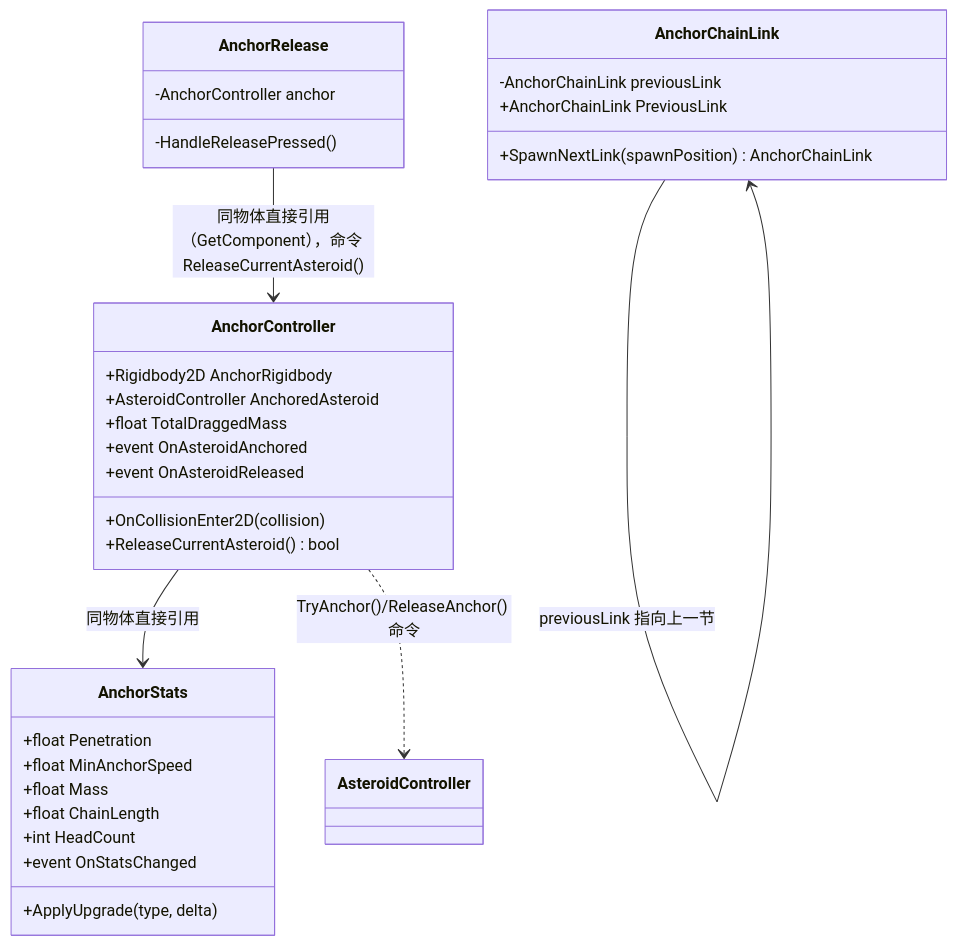
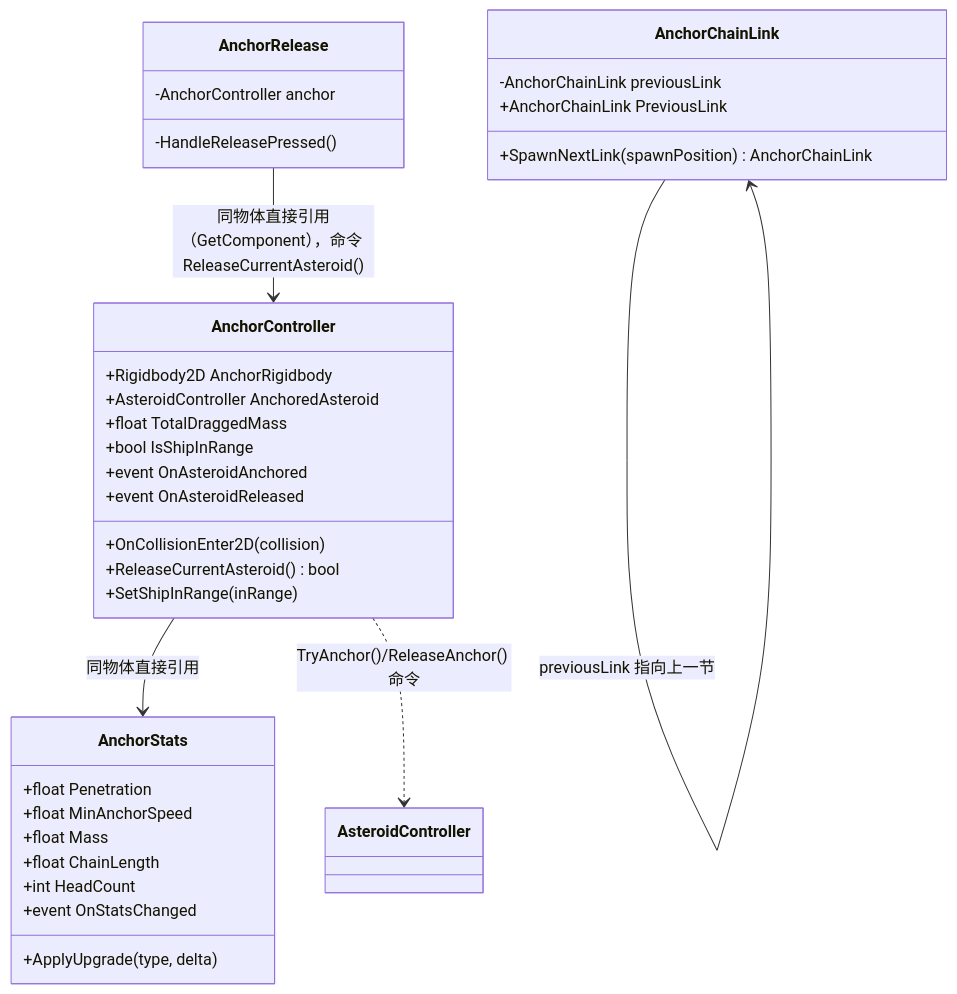
The seventh of 7 diagrams in 模块架构交接文档.md (WWWSSSAAADDD/CiGA-Game-Jam-2026), drawn with Mermaid before and after one commit. The commit also changed other lines of this file and 6 other files, not shown here.

````diff
--- a/模块架构交接文档.md
+++ b/模块架构交接文档.md
@@ -467,35 +468,37 @@
 ```mermaid
 classDiagram
     class AnchorController {
         +Rigidbody2D AnchorRigidbody
         +AsteroidController AnchoredAsteroid
         +float TotalDraggedMass
+        +bool IsShipInRange
         +OnCollisionEnter2D(collision)
         +ReleaseCurrentAsteroid() bool
+        +SetShipInRange(inRange)
         +event OnAsteroidAnchored
         +event OnAsteroidReleased
     }
     class AnchorStats {
         +float Penetration
         +float MinAnchorSpeed
         +float Mass
         +float ChainLength
         +int HeadCount
         +ApplyUpgrade(type, delta)
         +event OnStatsChanged
     }
     class AnchorRelease {
         -AnchorController anchor
         -HandleReleasePressed()
     }
     class AnchorChainLink {
         -AnchorChainLink previousLink
         +AnchorChainLink PreviousLink
         +SpawnNextLink(spawnPosition) AnchorChainLink
     }
 
     AnchorController --> AnchorStats : 同物体直接引用
     AnchorRelease --> AnchorController : 同物体直接引用（GetComponent），命令 ReleaseCurrentAsteroid()
     AnchorChainLink --> AnchorChainLink : previousLink 指向上一节
     AnchorController ..> AsteroidController : TryAnchor()/ReleaseAnchor() 命令
 ```
````
